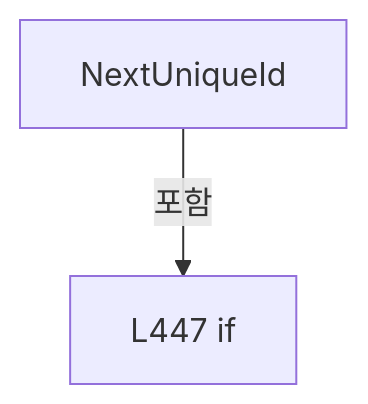
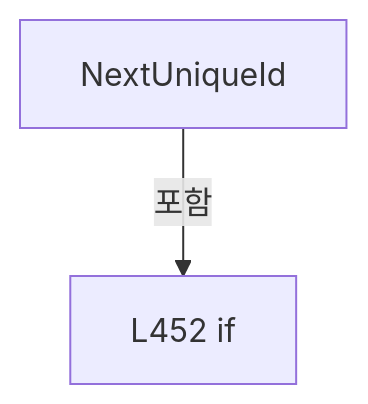
Diagram 16 of 40 in A3 LD Code Ref/files/Drilling.Common/Interface/Vision/CVisionComm.cs.md (kjuws10-rgb/Shared), drawn with Mermaid before and after one commit. The commit also changed other lines of this file and 2071 other files, not shown here.

Commit message:
docs(a3): update 11.19.0 architecture and code reference

````diff
--- a/A3 LD Code Ref/files/Drilling.Common/Interface/Vision/CVisionComm.cs.md
+++ b/A3 LD Code Ref/files/Drilling.Common/Interface/Vision/CVisionComm.cs.md
@@ -1954,6 +1954,6 @@
 ```mermaid
 flowchart TD
  M["NextUniqueId"]
- N0["L447 if"]
+ N0["L452 if"]
  M -->|포함| N0
 ```
````
